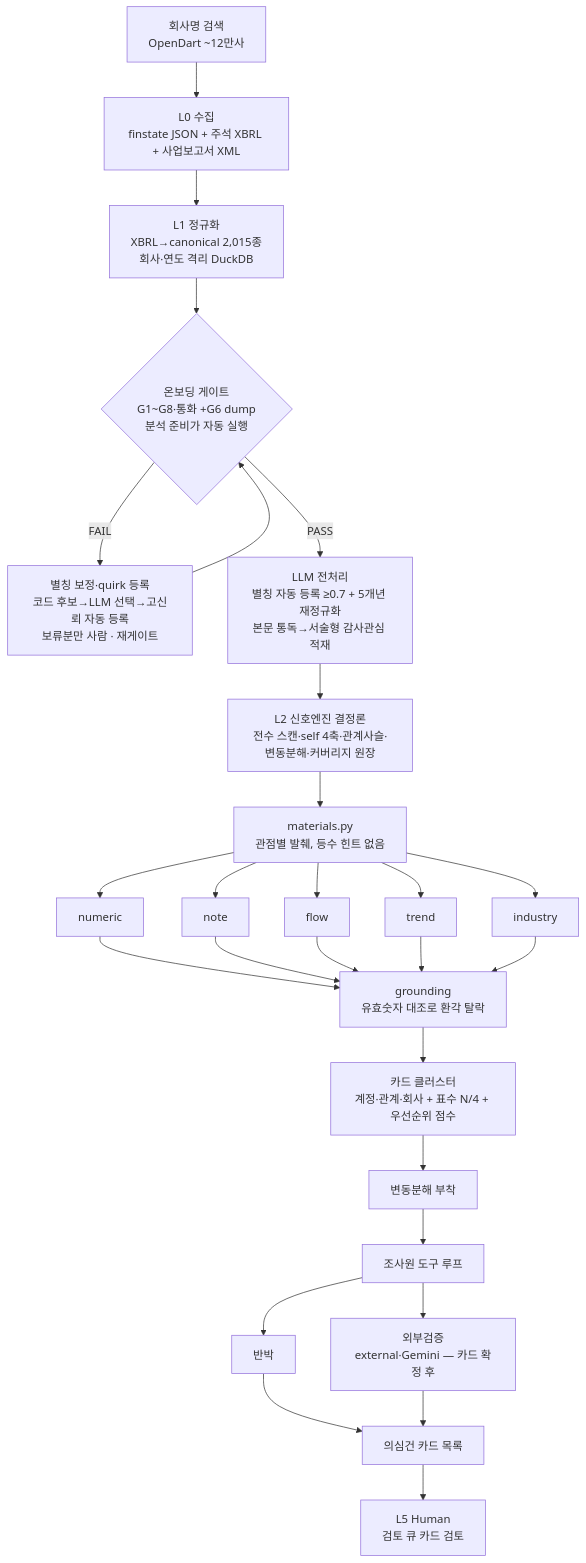
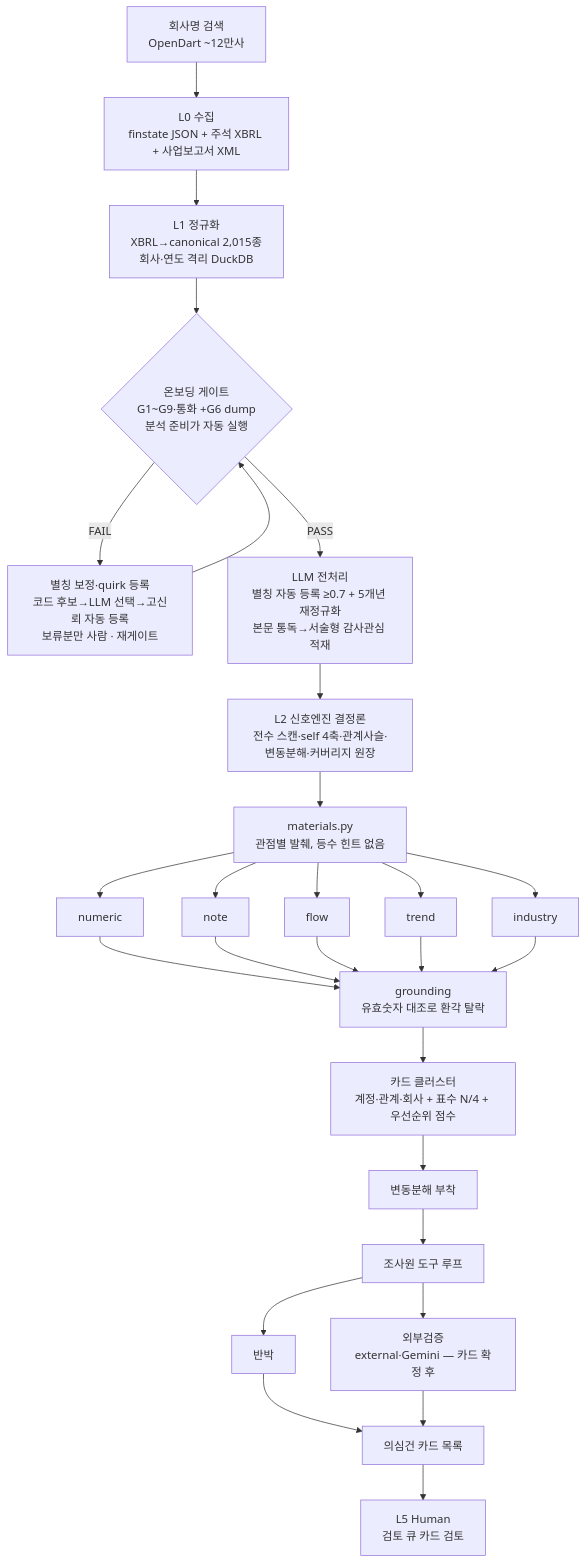
Before and after one commit to ghdtjrgns321-creator/fs-multi-analyzer: the diagram in FINAL-REPORT/2_PIPELINE.md, drawn with Mermaid. The commit also changed other lines of this file and 10 other files, not shown here.

````diff
--- a/FINAL-REPORT/2_PIPELINE.md
+++ b/FINAL-REPORT/2_PIPELINE.md
@@ -5,24 +5,24 @@
 ```mermaid
 flowchart TD
     A[회사명 검색<br/>OpenDart ~12만사] --> B[L0 수집<br/>finstate JSON + 주석 XBRL + 사업보고서 XML]
     B --> C[L1 정규화<br/>XBRL→canonical 2,015종<br/>회사·연도 격리 DuckDB]
-    C --> G{온보딩 게이트<br/>G1~G8·통화 +G6 dump<br/>분석 준비가 자동 실행}
+    C --> G{온보딩 게이트<br/>G1~G9·통화 +G6 dump<br/>분석 준비가 자동 실행}
     G -->|FAIL| Q[별칭 보정·quirk 등록<br/>코드 후보→LLM 선택→고신뢰 자동 등록<br/>보류분만 사람 · 재게이트]
     Q --> G
     G -->|PASS| OB[LLM 전처리<br/>별칭 자동 등록 ≥0.7 + 5개년 재정규화<br/>본문 통독→서술형 감사관심 적재]
     OB --> S[L2 신호엔진 결정론<br/>전수 스캔·self 4축·관계사슬·변동분해·커버리지 원장]
     S --> M[materials.py<br/>관점별 발췌, 등수 힌트 없음]
     M --> P1[numeric]
     M --> P2[note]
     M --> P3[flow]
     M --> P4[trend]
     M --> P5[industry]
     P1 & P2 & P3 & P4 & P5 --> GR[grounding<br/>유효숫자 대조로 환각 탈락]
     GR --> CB[카드 클러스터<br/>계정·관계·회사 + 표수 N/4 + 우선순위 점수]
     CB --> DEC[변동분해 부착]
     DEC --> INV[조사원 도구 루프]
     INV --> RB[반박]
     INV --> EV[외부검증<br/>external·Gemini — 카드 확정 후]
     RB & EV --> CARD[의심건 카드 목록]
     CARD --> H[L5 Human<br/>검토 큐 카드 검토]
 ```
````
